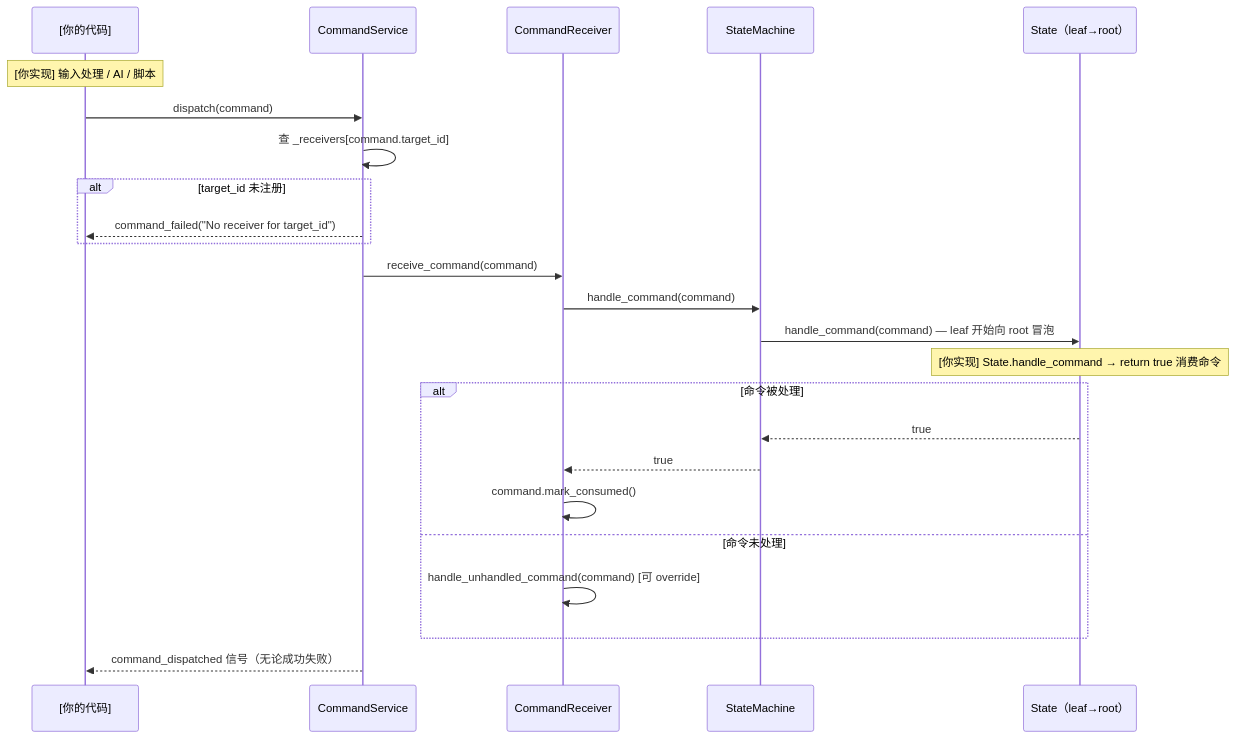
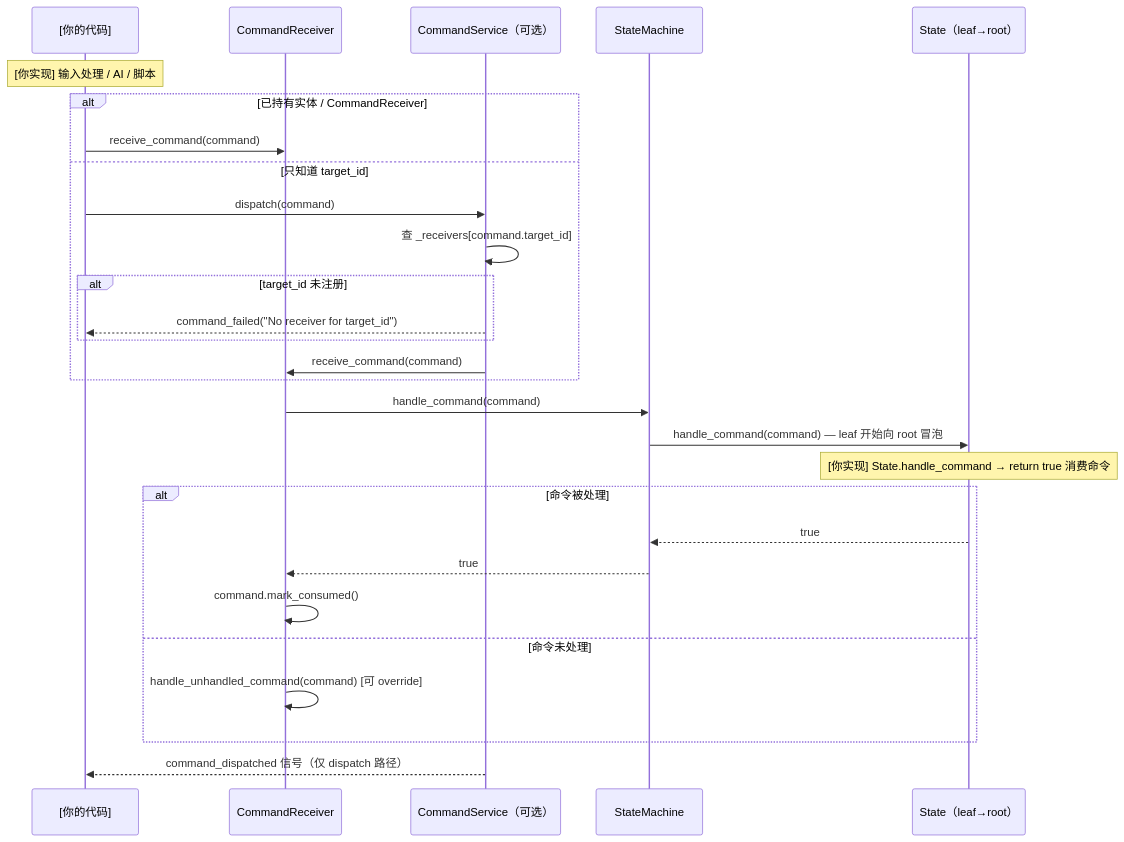
Before and after one commit to xiaofeiqiu/mkit: the third of 20 diagrams in docs/pipeline.md, drawn with Mermaid. The commit also changed other lines of this file and 403 other files, not shown here.

````diff
--- a/docs/pipeline.md
+++ b/docs/pipeline.md
@@ -161,27 +158,31 @@
 ```mermaid
 sequenceDiagram
     participant You as [你的代码]
-    participant CS as CommandService
     participant CR as CommandReceiver
+    participant CS as CommandService（可选）
     participant SM as StateMachine
     participant S as State（leaf→root）
 
     Note over You: [你实现] 输入处理 / AI / 脚本
-    You->>CS: dispatch(command)
-    CS->>CS: 查 _receivers[command.target_id]
-    alt target_id 未注册
-        CS-->>You: command_failed("No receiver for target_id")
+    alt 已持有实体 / CommandReceiver
+        You->>CR: receive_command(command)
+    else 只知道 target_id
+        You->>CS: dispatch(command)
+        CS->>CS: 查 _receivers[command.target_id]
+        alt target_id 未注册
+            CS-->>You: command_failed("No receiver for target_id")
+        end
+        CS->>CR: receive_command(command)
     end
-    CS->>CR: receive_command(command)
     CR->>SM: handle_command(command)
     SM->>S: handle_command(command) — leaf 开始向 root 冒泡
     Note over S: [你实现] State.handle_command → return true 消费命令
     alt 命令被处理
         S-->>SM: true
         SM-->>CR: true
         CR->>CR: command.mark_consumed()
     else 命令未处理
         CR->>CR: handle_unhandled_command(command)  [可 override]
     end
-    CS-->>You: command_dispatched 信号（无论成功失败）
+    CS-->>You: command_dispatched 信号（仅 dispatch 路径）
 ```
````
